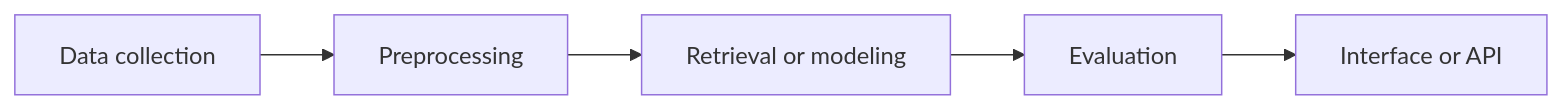
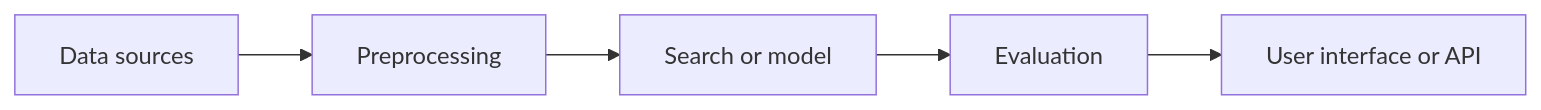
Before and after one commit to WeinerGero/WeinerGero: the diagram in README.md, drawn with Mermaid. The commit also changed other lines of this file, not shown here.

````diff
--- a/README.md
+++ b/README.md
@@ -47,7 +48,7 @@
 ```mermaid
 flowchart LR
-    A[Data collection] --> B[Preprocessing]
-    B --> C[Retrieval or modeling]
+    A[Data sources] --> B[Preprocessing]
+    B --> C[Search or model]
     C --> D[Evaluation]
-    D --> E[Interface or API]
+    D --> E[User interface or API]
 ```
````
